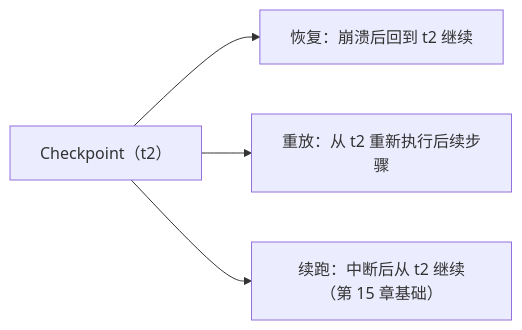
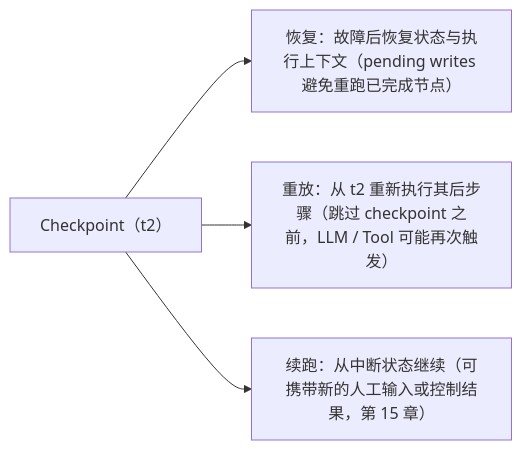
Before and after one commit to AnRun-M/enterprise-ai-agent-handbook: the third of 4 diagrams in docs/03-langgraph-core/ch14-checkpoint.md, drawn with Mermaid. The commit also changed other lines of this file and 2 other files, not shown here.

Commit message:
docs: refine checkpoint persistence and memory boundaries

````diff
--- a/docs/03-langgraph-core/ch14-checkpoint.md
+++ b/docs/03-langgraph-core/ch14-checkpoint.md
@@ -88,6 +93,6 @@
 ```mermaid
 flowchart LR
-    CK["Checkpoint（t2）"] --> R1["恢复：崩溃后回到 t2 继续"]
-    CK --> R2["重放：从 t2 重新执行后续步骤"]
-    CK --> R3["续跑：中断后从 t2 继续（第 15 章基础）"]
+    CK["Checkpoint（t2）"] --> R1["恢复：故障后恢复状态与执行上下文（pending writes 避免重跑已完成节点）"]
+    CK --> R2["重放：从 t2 重新执行其后步骤（跳过 checkpoint 之前，LLM / Tool 可能再次触发）"]
+    CK --> R3["续跑：从中断状态继续（可携带新的人工输入或控制结果，第 15 章）"]
 ```
````
